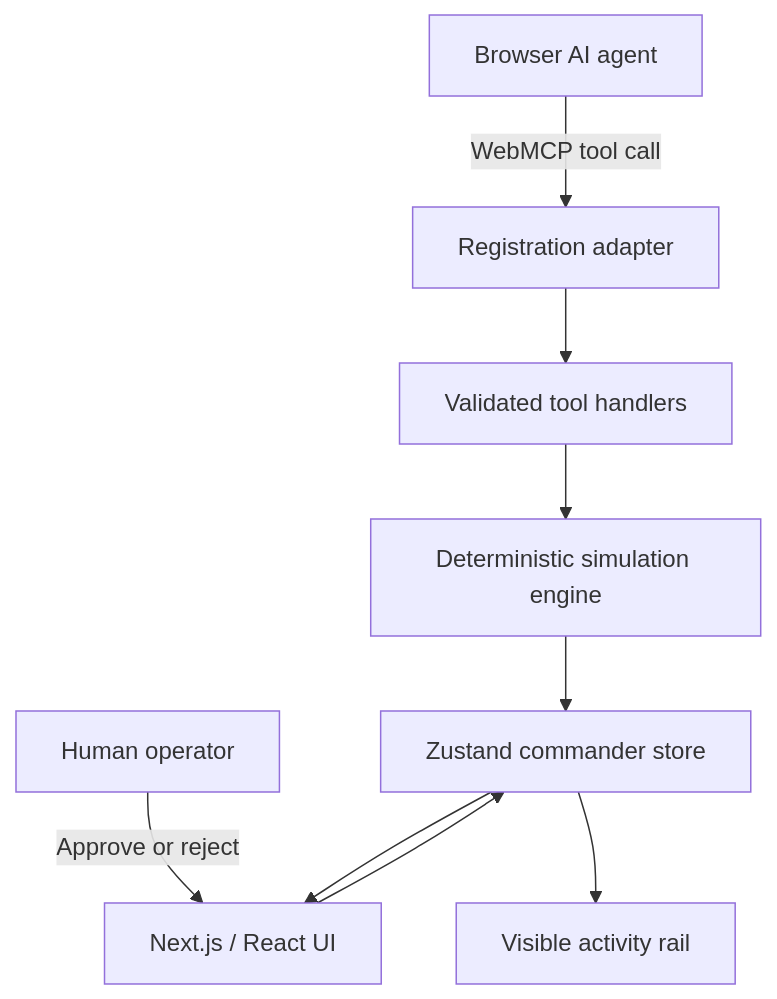
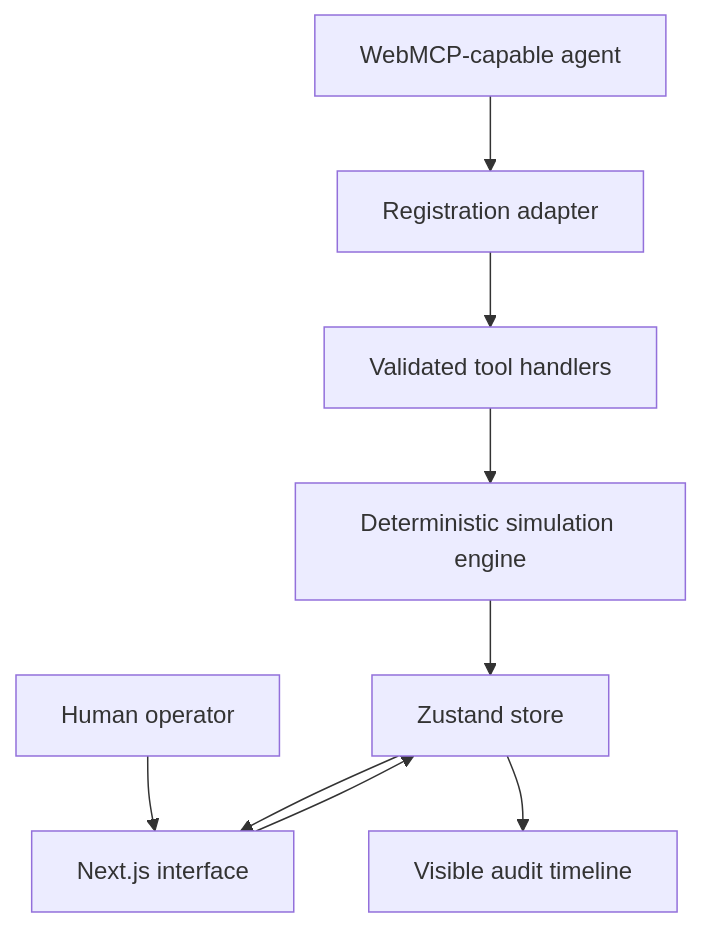
One commit to la3679/webops-commander changed the second of 2 diagrams in README.md. Above: the diagram before and after it, drawn with Mermaid. The commit also changed other lines of this file and 3 other files, not shown here.

````diff
--- a/README.md
+++ b/README.md
@@ -194,11 +98,11 @@
 ```mermaid
 flowchart TB
-  Agent[Browser AI agent] -->|WebMCP tool call| Registration[Registration adapter]
+  Agent[WebMCP-capable agent] --> Registration[Registration adapter]
   Registration --> Handlers[Validated tool handlers]
   Handlers --> Engine[Deterministic simulation engine]
-  Engine --> Store[Zustand commander store]
-  UI[Next.js / React UI] --> Store
-  Human[Human operator] -->|Approve or reject| UI
+  Engine --> Store[Zustand store]
+  Human[Human operator] --> UI[Next.js interface]
+  UI --> Store
   Store --> UI
-  Store --> Audit[Visible activity rail]
+  Store --> Audit[Visible audit timeline]
 ```
````
